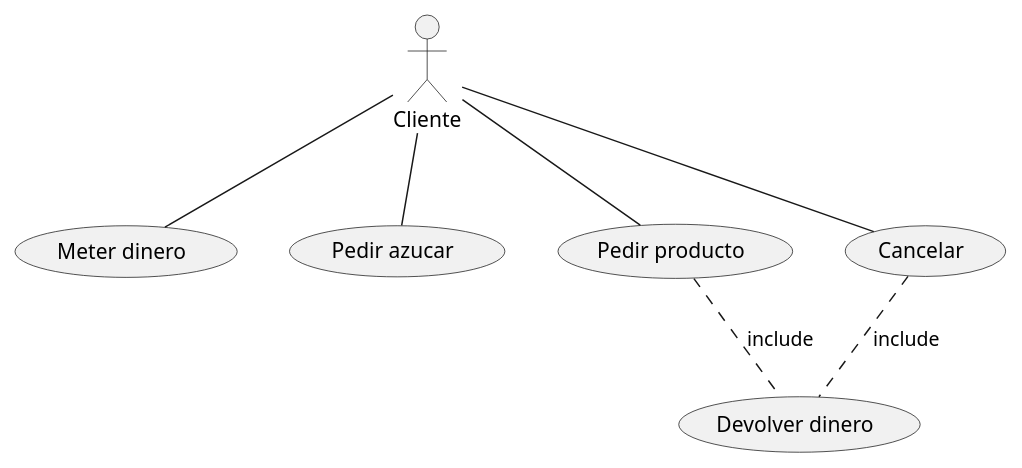
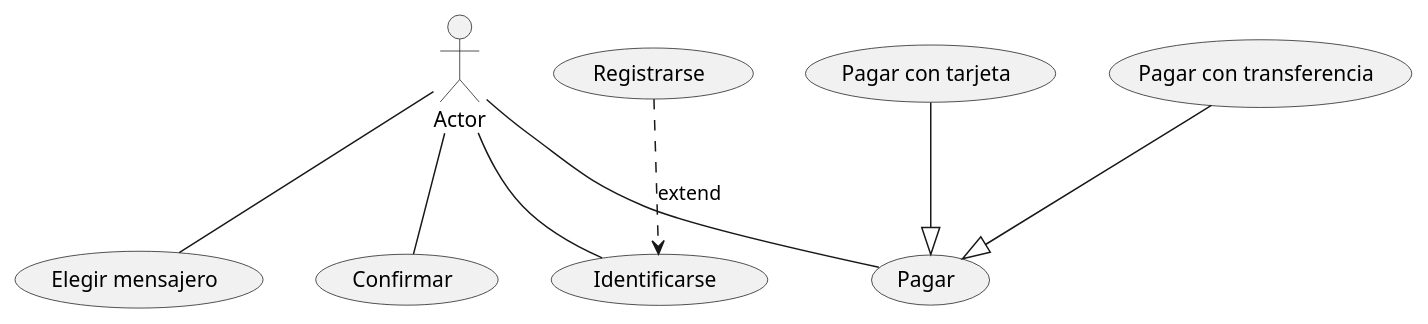
One commit to Dpketes/CasosDeUso changed the diagram in src/CasosDeUso.puml. Above: the diagram before and after it, drawn with PlantUML.

Commit message:
Ejemplo variado 2

```diff
--- a/src/CasosDeUso.puml
+++ b/src/CasosDeUso.puml
@@ -1,16 +1,19 @@
 @startuml
-:Cliente:
-(Meter dinero)
-(Pedir azucar)
-(Pedir producto)
-(Cancelar)
-(Devolver dinero)
+:Actor:
+(Identificarse)
+(Pagar)
+(Elegir mensajero)
+(Confirmar)
+(Registrarse)
+(Pagar con tarjeta)
+(Pagar con transferencia)
 
-Cliente--(Meter dinero)
-Cliente--(Pedir azucar)
-Cliente--(Pedir producto)
-Cliente--(Cancelar)
+Actor--(Identificarse)
+Actor--(Pagar)
+Actor--(Elegir mensajero)
+Actor--(Confirmar)
 
-(Cancelar)..(Devolver dinero) : include
-(Pedir producto)..(Devolver dinero) : include
+(Registrarse)..> (Identificarse) : extend
+(Pagar con tarjeta) --|> (Pagar)
+(Pagar con transferencia) --|> (Pagar)
 @enduml
```
